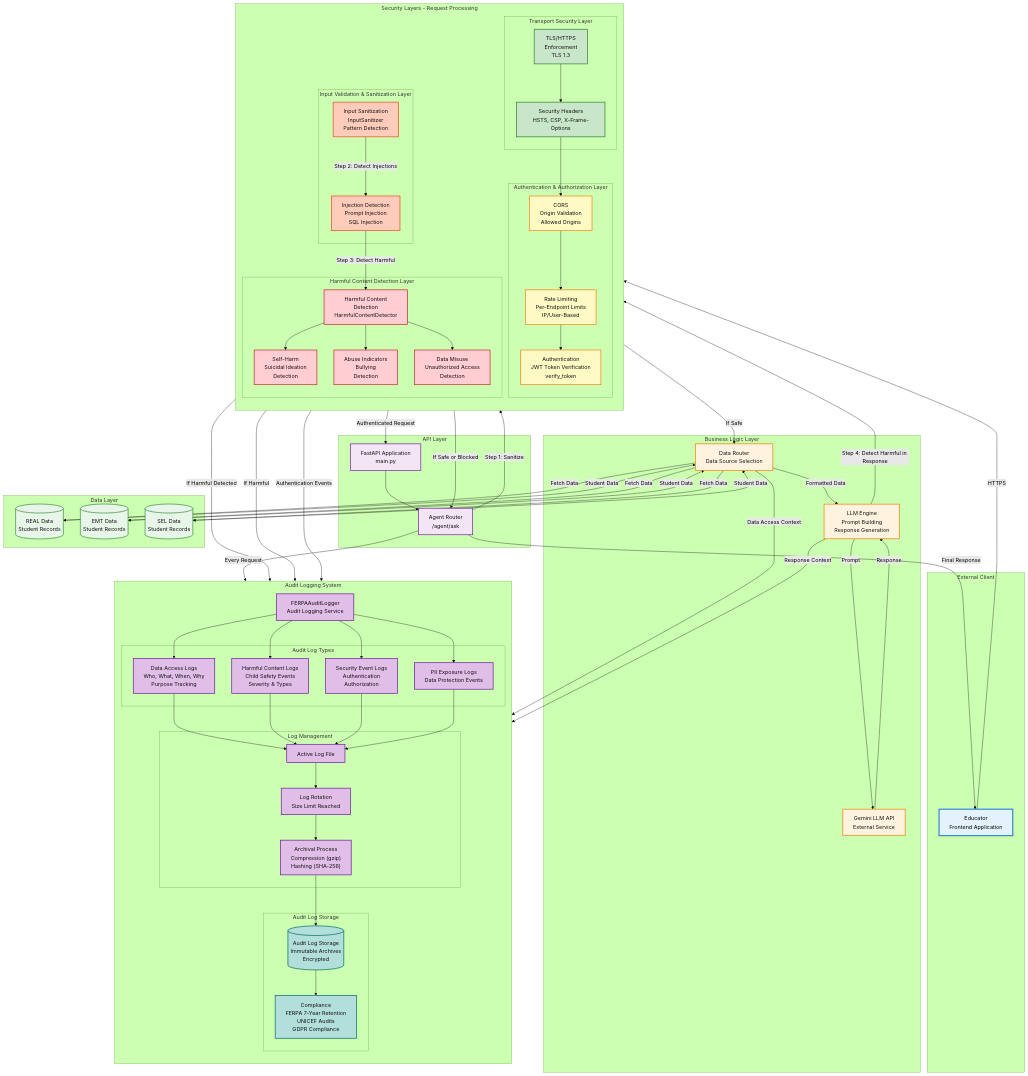
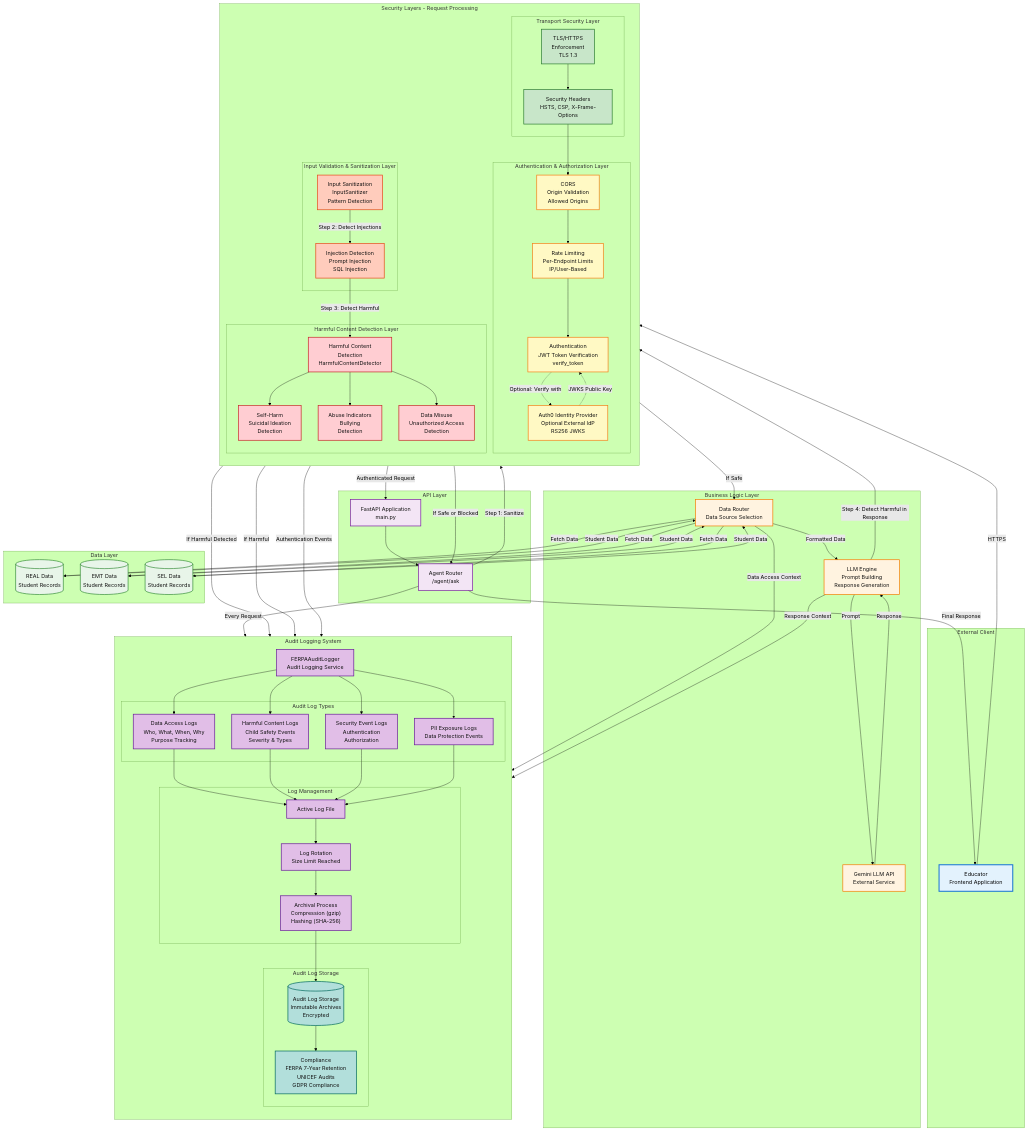
One commit to keithesanks-prog/Ask-Tilli-Master-Chatbot changed the fifth of 6 diagrams in README.md. Above: the diagram before and after it, drawn with Mermaid (forest theme). The commit also changed other lines of this file and 16 other files, not shown here.

```diff
--- a/README.md
+++ b/README.md
@@ -373,8 +373,10 @@
             SecurityHeaders[Security Headers<br/>HSTS, CSP, X-Frame-Options]
         end
         
+        
         subgraph "Authentication & Authorization Layer"
             Auth[Authentication<br/>JWT Token Verification<br/>verify_token]
+            Auth0[Auth0 Identity Provider<br/>Optional External IdP<br/>RS256 JWKS]
             RateLimit[Rate Limiting<br/>Per-Endpoint Limits<br/>IP/User-Based]
             CORS[CORS<br/>Origin Validation<br/>Allowed Origins]
         end
@@ -438,6 +440,9 @@
     SecurityHeaders --> CORS
     CORS --> RateLimit
     RateLimit --> Auth
+    
+    Auth -.->|Optional: Verify with| Auth0
+    Auth0 -.->|JWKS Public Key| Auth
     
     Auth -->|Authenticated Request| FastAPI
     FastAPI --> AgentRouter
@@ -510,7 +515,7 @@
     
     class Educator clientStyle
     class TLS,SecurityHeaders transportStyle
-    class Auth,RateLimit,CORS authStyle
+    class Auth,Auth0,RateLimit,CORS authStyle
     class InputSanitize,InjectionDetect validationStyle
     class HarmfulDetect,SelfHarm,AbuseDetect,DataMisuse harmfulStyle
     class FastAPI,AgentRouter apiStyle
```
